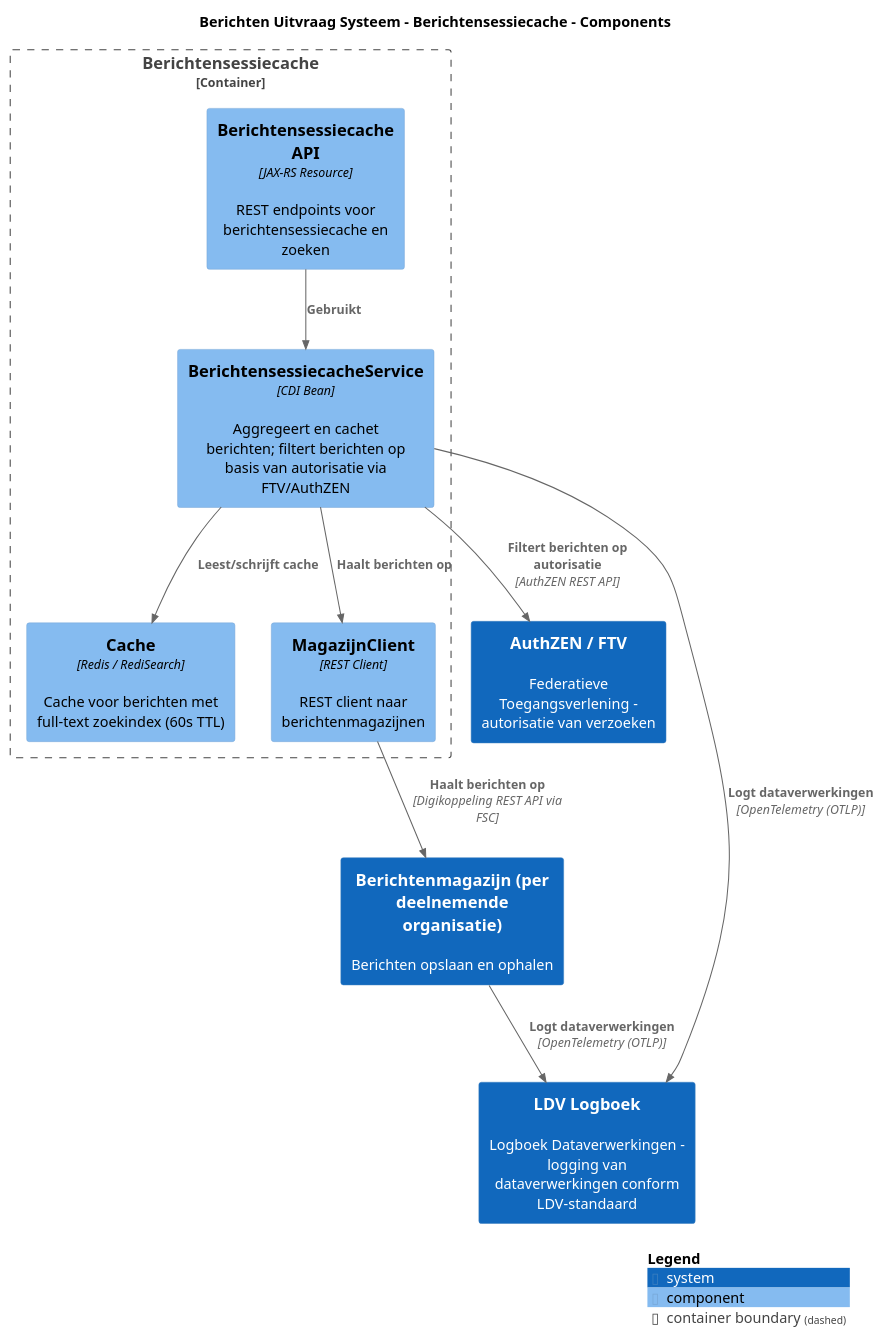
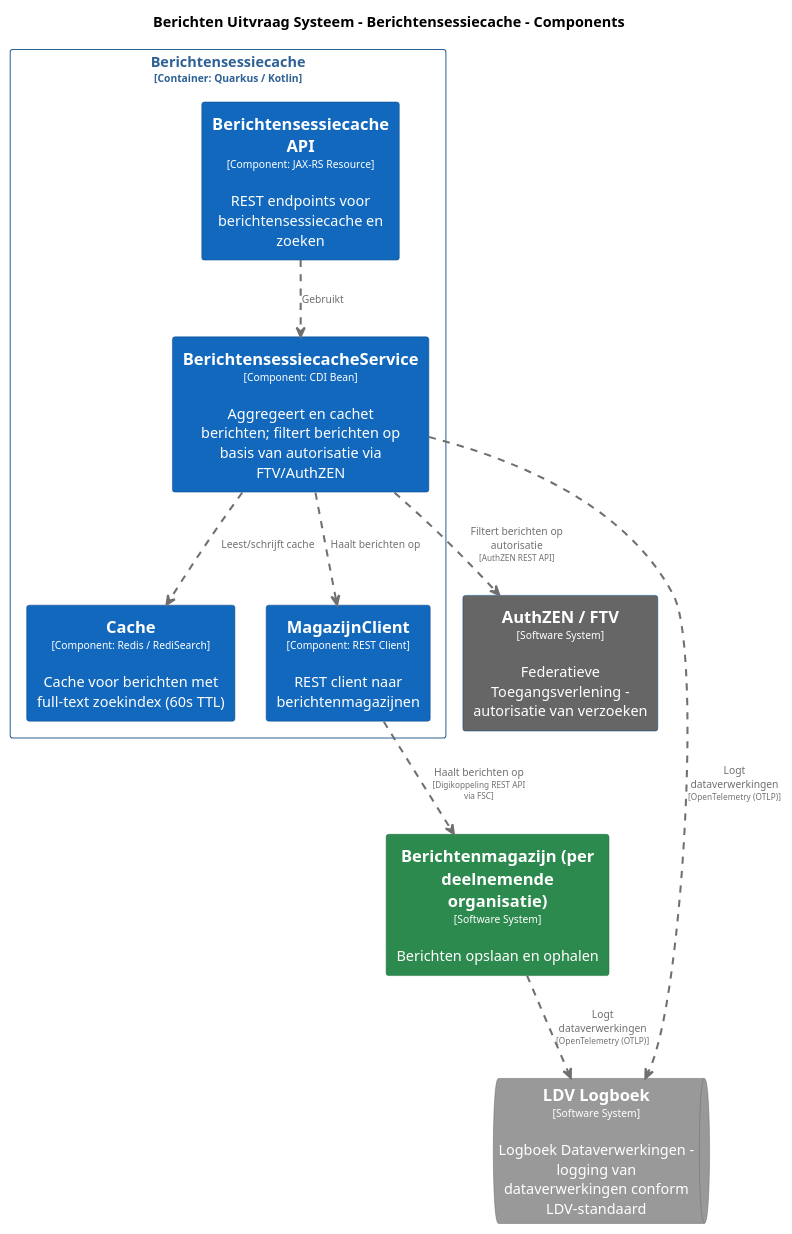
The diagram in master/puml/BerichtensessiecacheComponenten.puml (MinBZK/moza-poc-fbs-berichtenbox), drawn with PlantUML before and after one commit. The commit also changed 45 other files, not shown here.

```diff
--- a/master/puml/BerichtensessiecacheComponenten.puml
+++ b/master/puml/BerichtensessiecacheComponenten.puml
@@ -1,31 +1,84 @@
 @startuml
 set separator none
 title Berichten Uitvraag Systeem - Berichtensessiecache - Components
 
 top to bottom direction
+skinparam ranksep 60
+skinparam nodesep 30
 
-!include <C4/C4>
-!include <C4/C4_Context>
-!include <C4/C4_Component>
-
-System(AuthZENFTV, "AuthZEN / FTV", $descr="Federatieve Toegangsverlening - autorisatie van verzoeken", $tags="", $link="")
-System(Berichtenmagazijnperdeelnemendeorganisatie, "Berichtenmagazijn (per deelnemende organisatie)", $descr="Berichten opslaan en ophalen", $tags="", $link="")
-System(LDVLogboek, "LDV Logboek", $descr="Logboek Dataverwerkingen - logging van dataverwerkingen conform LDV-standaard", $tags="", $link="")
-
-Container_Boundary("BerichtenUitvraagSysteem.Berichtensessiecache_boundary", "Berichtensessiecache", $tags="") {
-  Component(BerichtenUitvraagSysteem.Berichtensessiecache.BerichtensessiecacheAPI, "Berichtensessiecache API", $techn="JAX-RS Resource", $descr="REST endpoints voor berichtensessiecache en zoeken", $tags="", $link="")
-  Component(BerichtenUitvraagSysteem.Berichtensessiecache.BerichtensessiecacheService, "BerichtensessiecacheService", $techn="CDI Bean", $descr="Aggregeert en cachet berichten; filtert berichten op basis van autorisatie via FTV/AuthZEN", $tags="", $link="")
-  Component(BerichtenUitvraagSysteem.Berichtensessiecache.Cache, "Cache", $techn="Redis / RediSearch", $descr="Cache voor berichten met full-text zoekindex (60s TTL)", $tags="", $link="")
-  Component(BerichtenUitvraagSysteem.Berichtensessiecache.MagazijnClient, "MagazijnClient", $techn="REST Client", $descr="REST client naar berichtenmagazijnen", $tags="", $link="")
+skinparam {
+  arrowFontSize 10
+  defaultTextAlignment center
+  wrapWidth 200
+  maxMessageSize 100
 }
 
-Rel(BerichtenUitvraagSysteem.Berichtensessiecache.BerichtensessiecacheService, LDVLogboek, "Logt dataverwerkingen", $techn="OpenTelemetry (OTLP)", $tags="", $link="")
-Rel(BerichtenUitvraagSysteem.Berichtensessiecache.BerichtensessiecacheAPI, BerichtenUitvraagSysteem.Berichtensessiecache.BerichtensessiecacheService, "Gebruikt", $techn="", $tags="", $link="")
-Rel(BerichtenUitvraagSysteem.Berichtensessiecache.BerichtensessiecacheService, BerichtenUitvraagSysteem.Berichtensessiecache.Cache, "Leest/schrijft cache", $techn="", $tags="", $link="")
-Rel(BerichtenUitvraagSysteem.Berichtensessiecache.BerichtensessiecacheService, BerichtenUitvraagSysteem.Berichtensessiecache.MagazijnClient, "Haalt berichten op", $techn="", $tags="", $link="")
-Rel(BerichtenUitvraagSysteem.Berichtensessiecache.BerichtensessiecacheService, AuthZENFTV, "Filtert berichten op autorisatie", $techn="AuthZEN REST API", $tags="", $link="")
-Rel(BerichtenUitvraagSysteem.Berichtensessiecache.MagazijnClient, Berichtenmagazijnperdeelnemendeorganisatie, "Haalt berichten op", $techn="Digikoppeling REST API via FSC", $tags="", $link="")
-Rel(Berichtenmagazijnperdeelnemendeorganisatie, LDVLogboek, "Logt dataverwerkingen", $techn="OpenTelemetry (OTLP)", $tags="", $link="")
+hide stereotype
 
-SHOW_LEGEND(true)
+skinparam rectangle<<AuthZENFTV>> {
+  BackgroundColor #666666
+  FontColor #ffffff
+  BorderColor #0b4884
+  shadowing false
+}
+skinparam rectangle<<Berichtenmagazijnperdeelnemendeorganisatie>> {
+  BackgroundColor #2d8a4e
+  FontColor #ffffff
+  BorderColor #1e6b38
+  shadowing false
+}
+skinparam rectangle<<BerichtenUitvraagSysteem.Berichtensessiecache.BerichtensessiecacheAPI>> {
+  BackgroundColor #1168bd
+  FontColor #ffffff
+  BorderColor #0b4884
+  shadowing false
+}
+skinparam rectangle<<BerichtenUitvraagSysteem.Berichtensessiecache.BerichtensessiecacheService>> {
+  BackgroundColor #1168bd
+  FontColor #ffffff
+  BorderColor #0b4884
+  shadowing false
+}
+skinparam rectangle<<BerichtenUitvraagSysteem.Berichtensessiecache.Cache>> {
+  BackgroundColor #1168bd
+  FontColor #ffffff
+  BorderColor #0b4884
+  shadowing false
+}
+skinparam queue<<LDVLogboek>> {
+  BackgroundColor #999999
+  FontColor #ffffff
+  BorderColor #6b6b6b
+  shadowing false
+}
+skinparam rectangle<<BerichtenUitvraagSysteem.Berichtensessiecache.MagazijnClient>> {
+  BackgroundColor #1168bd
+  FontColor #ffffff
+  BorderColor #0b4884
+  shadowing false
+}
+skinparam rectangle<<BerichtenUitvraagSysteem.Berichtensessiecache>> {
+  BorderColor #2e6295
+  FontColor #2e6295
+  shadowing false
+}
+
+rectangle "==AuthZEN / FTV\n<size:10>[Software System]</size>\n\nFederatieve Toegangsverlening - autorisatie van verzoeken" <<AuthZENFTV>> as AuthZENFTV
+rectangle "==Berichtenmagazijn (per deelnemende organisatie)\n<size:10>[Software System]</size>\n\nBerichten opslaan en ophalen" <<Berichtenmagazijnperdeelnemendeorganisatie>> as Berichtenmagazijnperdeelnemendeorganisatie
+queue "==LDV Logboek\n<size:10>[Software System]</size>\n\nLogboek Dataverwerkingen - logging van dataverwerkingen conform LDV-standaard" <<LDVLogboek>> as LDVLogboek
+
+rectangle "Berichtensessiecache\n<size:10>[Container: Quarkus / Kotlin]</size>" <<BerichtenUitvraagSysteem.Berichtensessiecache>> {
+  rectangle "==Berichtensessiecache API\n<size:10>[Component: JAX-RS Resource]</size>\n\nREST endpoints voor berichtensessiecache en zoeken" <<BerichtenUitvraagSysteem.Berichtensessiecache.BerichtensessiecacheAPI>> as BerichtenUitvraagSysteem.Berichtensessiecache.BerichtensessiecacheAPI
+  rectangle "==BerichtensessiecacheService\n<size:10>[Component: CDI Bean]</size>\n\nAggregeert en cachet berichten; filtert berichten op basis van autorisatie via FTV/AuthZEN" <<BerichtenUitvraagSysteem.Berichtensessiecache.BerichtensessiecacheService>> as BerichtenUitvraagSysteem.Berichtensessiecache.BerichtensessiecacheService
+  rectangle "==Cache\n<size:10>[Component: Redis / RediSearch]</size>\n\nCache voor berichten met full-text zoekindex (60s TTL)" <<BerichtenUitvraagSysteem.Berichtensessiecache.Cache>> as BerichtenUitvraagSysteem.Berichtensessiecache.Cache
+  rectangle "==MagazijnClient\n<size:10>[Component: REST Client]</size>\n\nREST client naar berichtenmagazijnen" <<BerichtenUitvraagSysteem.Berichtensessiecache.MagazijnClient>> as BerichtenUitvraagSysteem.Berichtensessiecache.MagazijnClient
+}
+
+BerichtenUitvraagSysteem.Berichtensessiecache.BerichtensessiecacheService .[#707070,thickness=2].> LDVLogboek : "<color:#707070>Logt dataverwerkingen\n<color:#707070><size:8>[OpenTelemetry (OTLP)]</size>"
+BerichtenUitvraagSysteem.Berichtensessiecache.BerichtensessiecacheAPI .[#707070,thickness=2].> BerichtenUitvraagSysteem.Berichtensessiecache.BerichtensessiecacheService : "<color:#707070>Gebruikt"
+BerichtenUitvraagSysteem.Berichtensessiecache.BerichtensessiecacheService .[#707070,thickness=2].> BerichtenUitvraagSysteem.Berichtensessiecache.Cache : "<color:#707070>Leest/schrijft cache"
+BerichtenUitvraagSysteem.Berichtensessiecache.BerichtensessiecacheService .[#707070,thickness=2].> BerichtenUitvraagSysteem.Berichtensessiecache.MagazijnClient : "<color:#707070>Haalt berichten op"
+BerichtenUitvraagSysteem.Berichtensessiecache.BerichtensessiecacheService .[#707070,thickness=2].> AuthZENFTV : "<color:#707070>Filtert berichten op autorisatie\n<color:#707070><size:8>[AuthZEN REST API]</size>"
+BerichtenUitvraagSysteem.Berichtensessiecache.MagazijnClient .[#707070,thickness=2].> Berichtenmagazijnperdeelnemendeorganisatie : "<color:#707070>Haalt berichten op\n<color:#707070><size:8>[Digikoppeling REST API via FSC]</size>"
+Berichtenmagazijnperdeelnemendeorganisatie .[#707070,thickness=2].> LDVLogboek : "<color:#707070>Logt dataverwerkingen\n<color:#707070><size:8>[OpenTelemetry (OTLP)]</size>"
 @enduml
```
